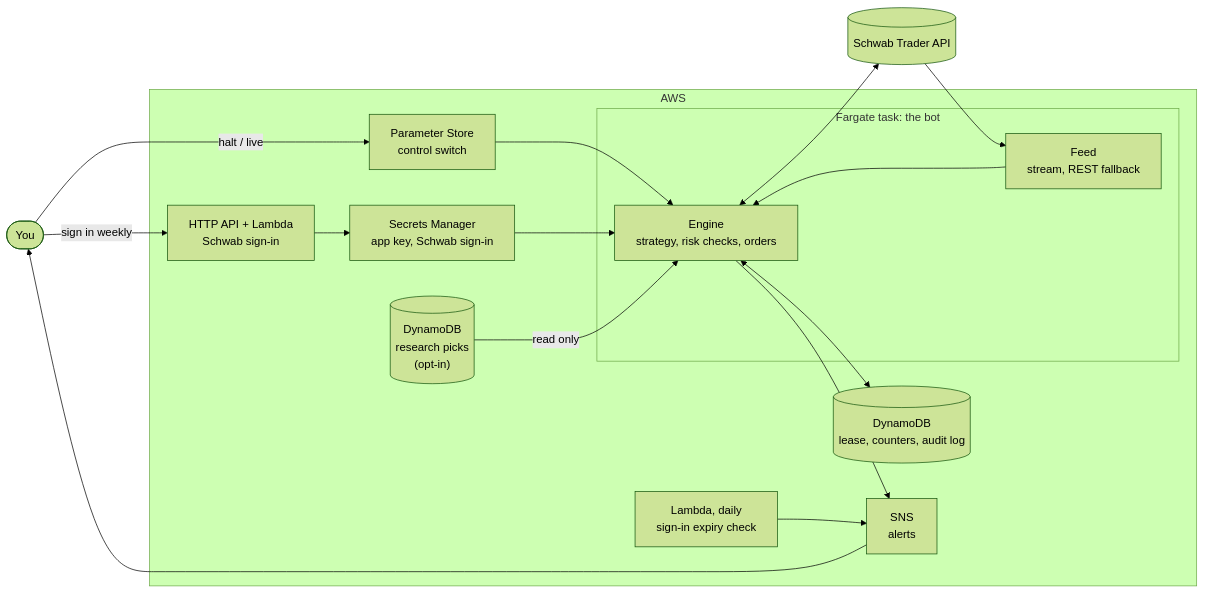
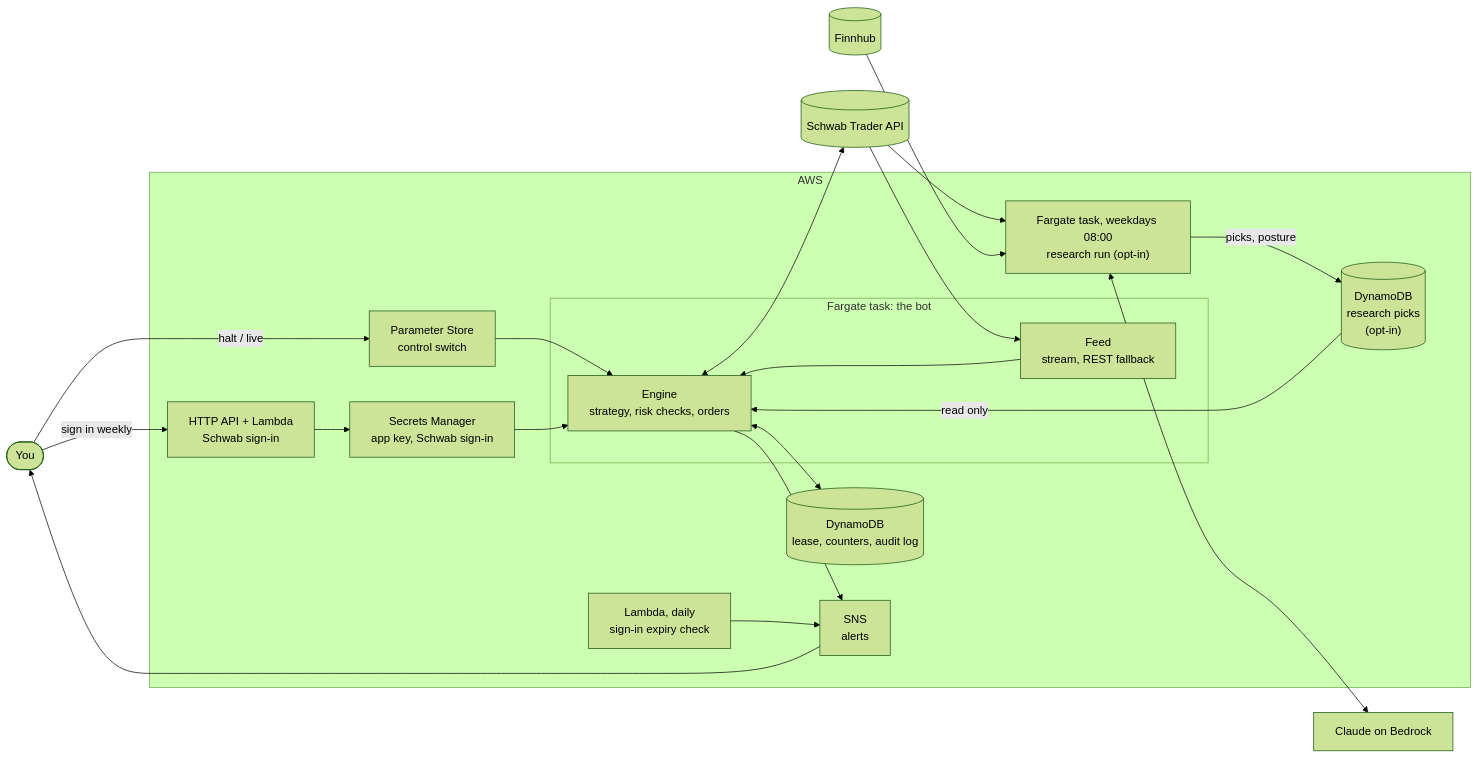
Before and after one commit to derekchisholm/traider: the diagram in README.md, drawn with Mermaid (forest theme). The commit also changed other lines of this file and 3 other files, not shown here.

First line of the commit message:
docs: pre-market research run in README and runbook

````diff
--- a/README.md
+++ b/README.md
@@ -24,33 +24,38 @@
 ```mermaid
 flowchart LR
     you([You])
     schwab[(Schwab Trader API)]
 
     subgraph aws [AWS]
         subgraph task [Fargate task: the bot]
             feed["Feed<br/>stream, REST fallback"]
             engine["Engine<br/>strategy, risk checks, orders"]
             feed --> engine
         end
         control["Parameter Store<br/>control switch"]
         secrets["Secrets Manager<br/>app key, Schwab sign-in"]
         state[("DynamoDB<br/>lease, counters, audit log")]
         research[("DynamoDB<br/>research picks<br/>(opt-in)")]
+        jobs["Fargate task, weekdays 08:00<br/>research run (opt-in)"]
         alerts["SNS<br/>alerts"]
         signin["HTTP API + Lambda<br/>Schwab sign-in"]
         watchdog["Lambda, daily<br/>sign-in expiry check"]
     end
 
     schwab --> feed
     engine <--> schwab
     control --> engine
     secrets --> engine
     engine <--> state
     research -- "read only" --> engine
+    schwab --> jobs
+    jobs -- "picks, posture" --> research
+    jobs <--> bedrock["Claude on Bedrock"]
+    finnhub[(Finnhub)] --> jobs
     engine --> alerts
     watchdog --> alerts
     alerts --> you
     you -- "sign in weekly" --> signin
     signin --> secrets
     you -- "halt / live" --> control
 ```
````
